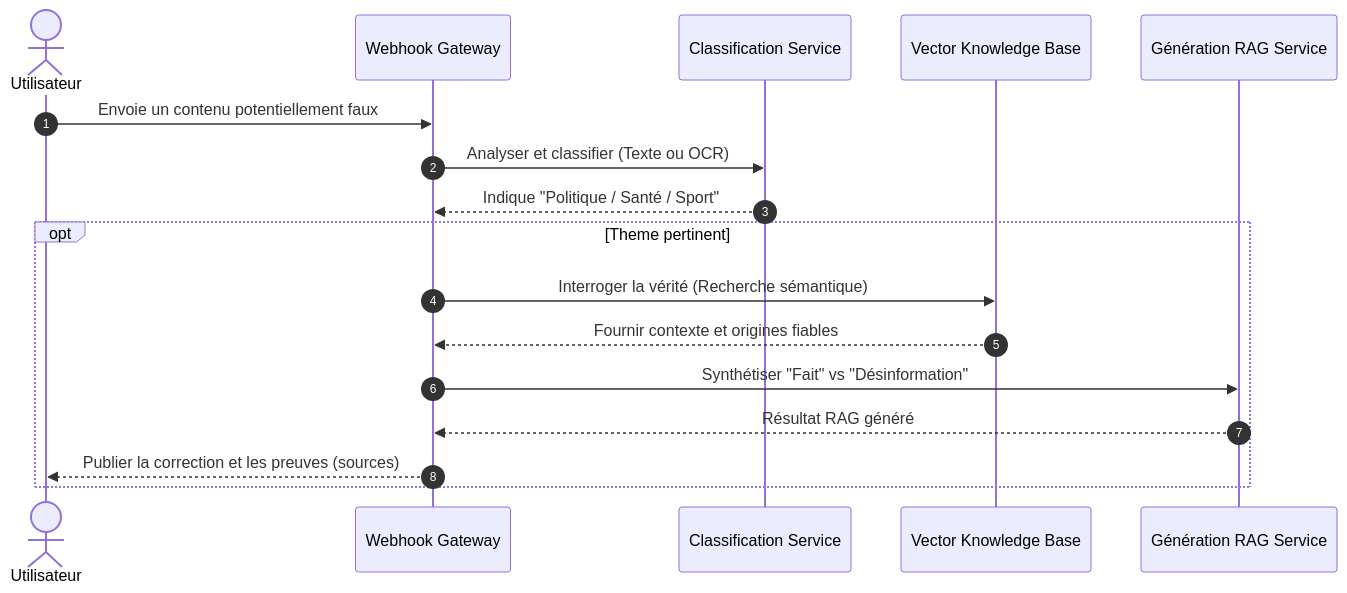
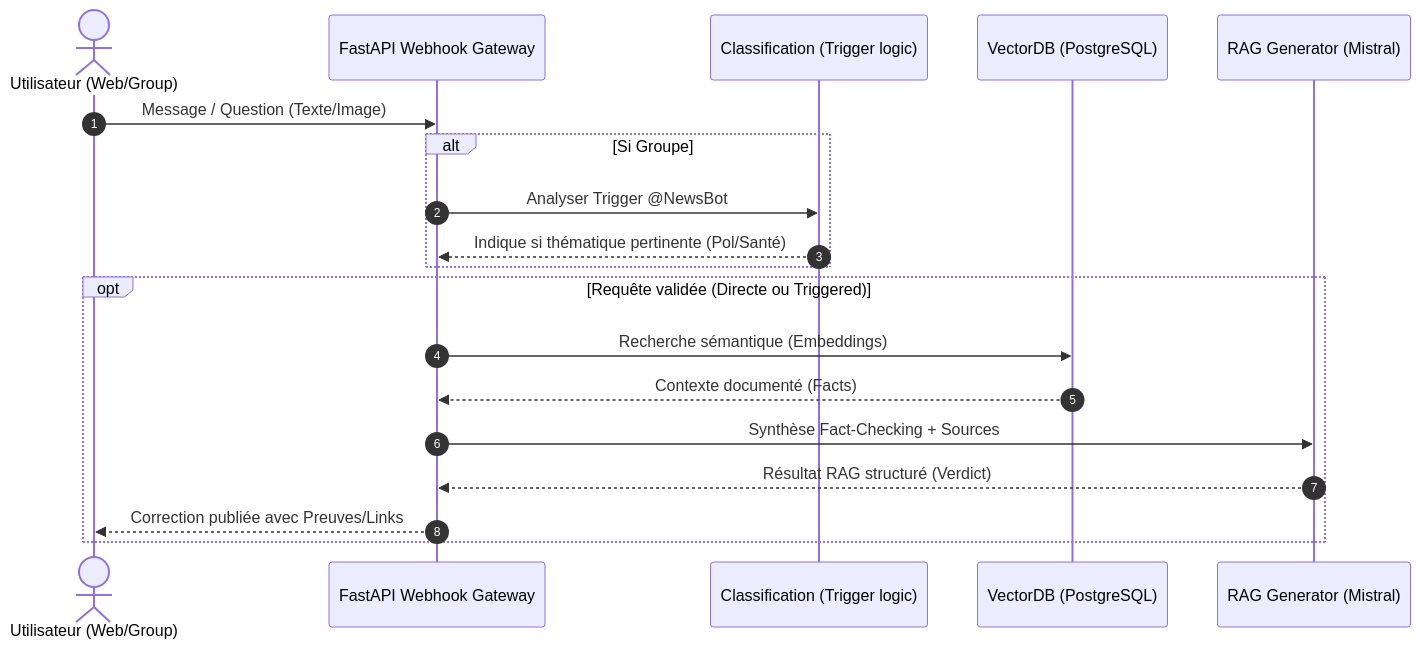
Before and after one commit to rooneyi/rdc-news-intelligence: the fifth of 5 diagrams in ai-service/docs/Diagrammes_Modelisation.md, drawn with Mermaid. The commit also changed other lines of this file and 19 other files, not shown here.

````diff
--- a/ai-service/docs/Diagrammes_Modelisation.md
+++ b/ai-service/docs/Diagrammes_Modelisation.md
@@ -145,21 +145,24 @@
 ```mermaid
 sequenceDiagram
     autonumber
-    actor User as Utilisateur 
-    participant WG as Webhook Gateway
-    participant Class as Classification Service
-    participant DB as Vector Knowledge Base
-    participant RAG as Génération RAG Service
+    actor User as Utilisateur (Web/Group)
+    participant WG as FastAPI Webhook Gateway
+    participant Class as Classification (Trigger logic)
+    participant DB as VectorDB (PostgreSQL)
+    participant RAG as RAG Generator (Mistral)
 
-    User->>WG: Envoie un contenu potentiellement faux
-    WG->>Class: Analyser et classifier (Texte ou OCR)
-    Class-->>WG: Indique "Politique / Santé / Sport"
+    User->>WG: Message / Question (Texte/Image)
     
-    opt Theme pertinent
-        WG->>DB: Interroger la vérité (Recherche sémantique)
-        DB-->>WG: Fournir contexte et origines fiables
-        WG->>RAG: Synthétiser "Fait" vs "Désinformation"
-        RAG-->>WG: Résultat RAG généré
-        WG-->>User: Publier la correction et les preuves (sources)
+    alt Si Groupe
+        WG->>Class: Analyser Trigger @NewsBot
+        Class-->>WG: Indique si thématique pertinente (Pol/Santé)
+    end
+    
+    opt Requête validée (Directe ou Triggered)
+        WG->>DB: Recherche sémantique (Embeddings)
+        DB-->>WG: Contexte documenté (Facts)
+        WG->>RAG: Synthèse Fact-Checking + Sources
+        RAG-->>WG: Résultat RAG structuré (Verdict)
+        WG-->>User: Correction publiée avec Preuves/Links
     end
 ```
````
